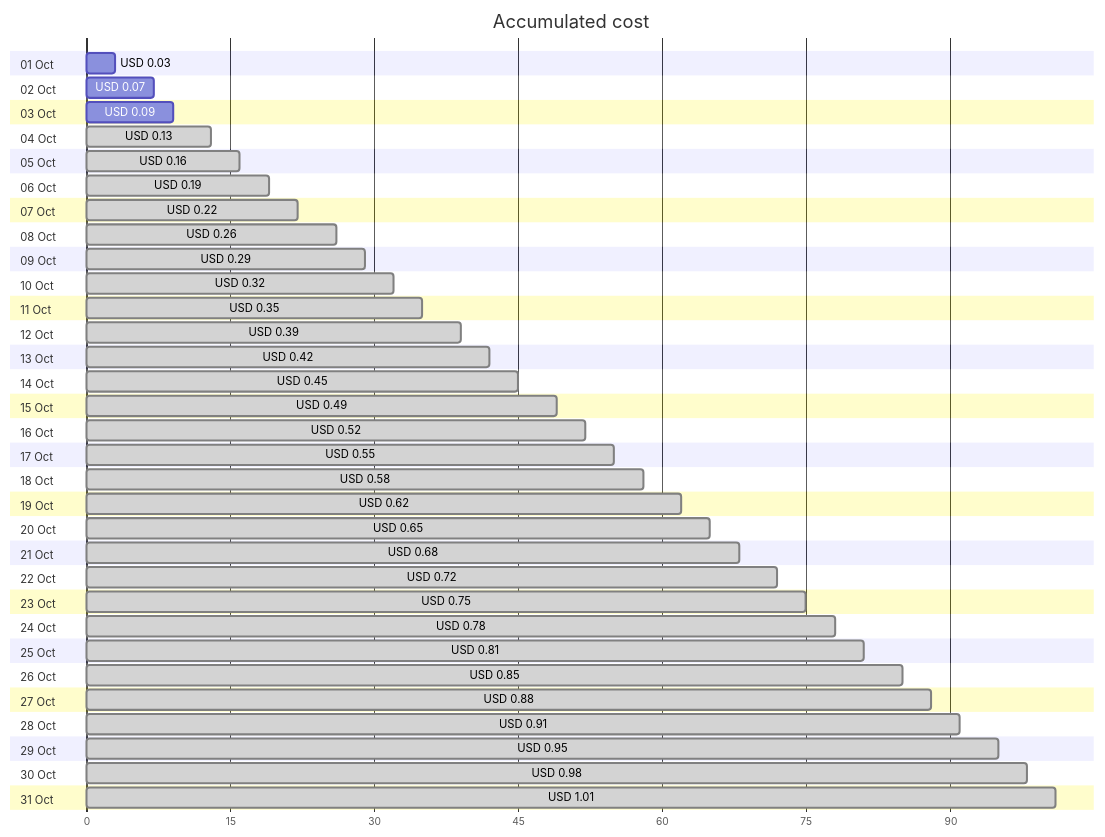
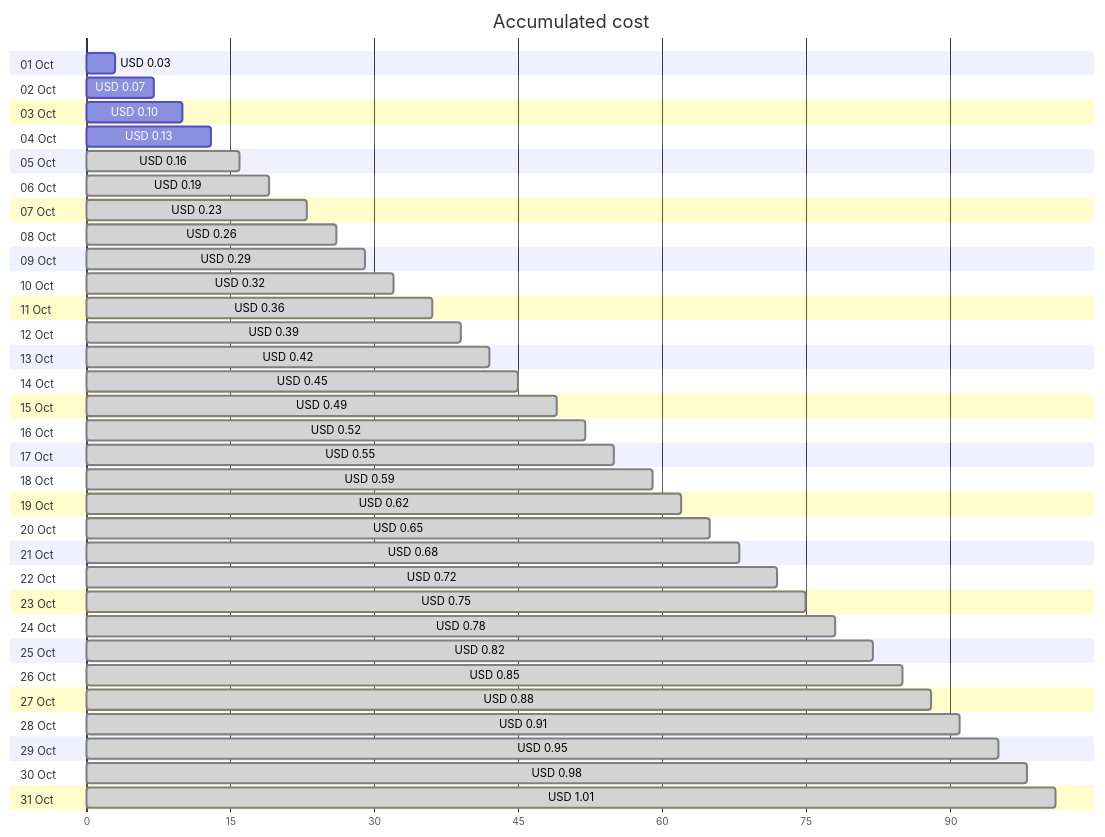
Before and after one commit to jpfulton/azure-personal-reports: the first of 4 diagrams in cost-reports/personal-dns/README.md, drawn with Mermaid. The commit also changed other lines of this file and 2 other files, not shown here.

````diff
--- a/cost-reports/personal-dns/README.md
+++ b/cost-reports/personal-dns/README.md
@@ -20,68 +20,68 @@
 ```mermaid
 gantt
    title Accumulated cost
    dateFormat  X
    axisFormat %s
    section 01 Oct
    USD 0.03 :0, 3
    section 02 Oct
    USD 0.07 :0, 7
    section 03 Oct
-   USD 0.09 :0, 9
+   USD 0.10 :0, 10
    section 04 Oct
-   USD 0.13 : done, 0, 13
+   USD 0.13 :0, 13
    section 05 Oct
    USD 0.16 : done, 0, 16
    section 06 Oct
    USD 0.19 : done, 0, 19
    section 07 Oct
-   USD 0.22 : done, 0, 22
+   USD 0.23 : done, 0, 23
    section 08 Oct
    USD 0.26 : done, 0, 26
    section 09 Oct
    USD 0.29 : done, 0, 29
    section 10 Oct
    USD 0.32 : done, 0, 32
    section 11 Oct
-   USD 0.35 : done, 0, 35
+   USD 0.36 : done, 0, 36
    section 12 Oct
    USD 0.39 : done, 0, 39
    section 13 Oct
    USD 0.42 : done, 0, 42
    section 14 Oct
    USD 0.45 : done, 0, 45
    section 15 Oct
    USD 0.49 : done, 0, 49
    section 16 Oct
    USD 0.52 : done, 0, 52
    section 17 Oct
    USD 0.55 : done, 0, 55
    section 18 Oct
-   USD 0.58 : done, 0, 58
+   USD 0.59 : done, 0, 59
    section 19 Oct
    USD 0.62 : done, 0, 62
    section 20 Oct
    USD 0.65 : done, 0, 65
    section 21 Oct
    USD 0.68 : done, 0, 68
    section 22 Oct
    USD 0.72 : done, 0, 72
    section 23 Oct
    USD 0.75 : done, 0, 75
    section 24 Oct
    USD 0.78 : done, 0, 78
    section 25 Oct
-   USD 0.81 : done, 0, 81
+   USD 0.82 : done, 0, 82
    section 26 Oct
    USD 0.85 : done, 0, 85
    section 27 Oct
    USD 0.88 : done, 0, 88
    section 28 Oct
    USD 0.91 : done, 0, 91
    section 29 Oct
    USD 0.95 : done, 0, 95
    section 30 Oct
    USD 0.98 : done, 0, 98
    section 31 Oct
    USD 1.01 : done, 0, 101
 ```
````
